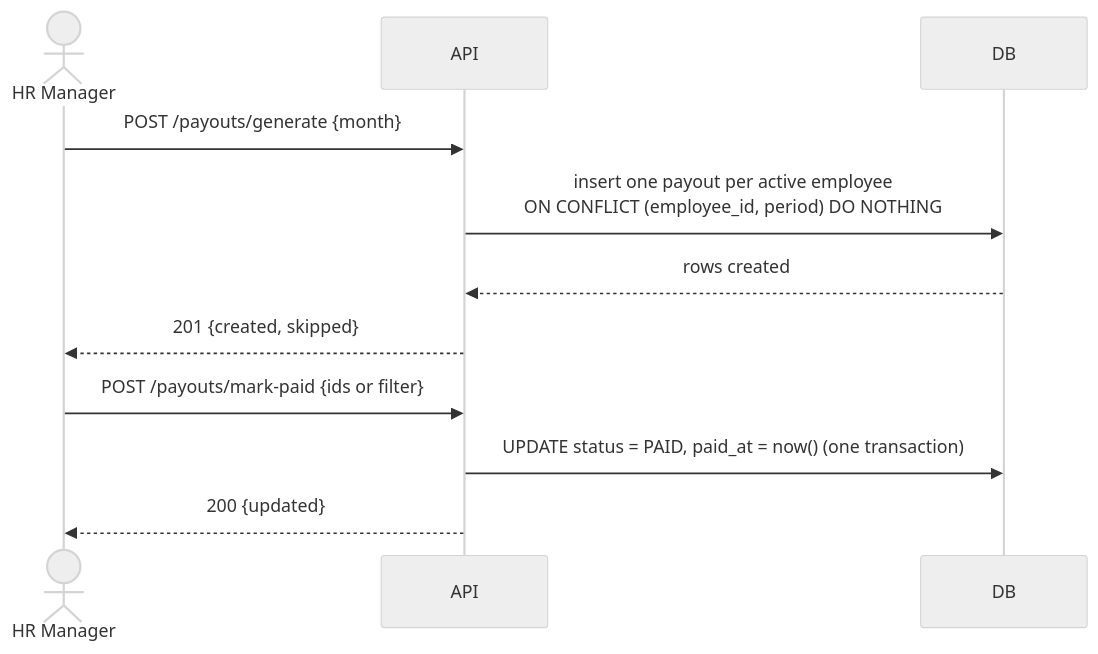
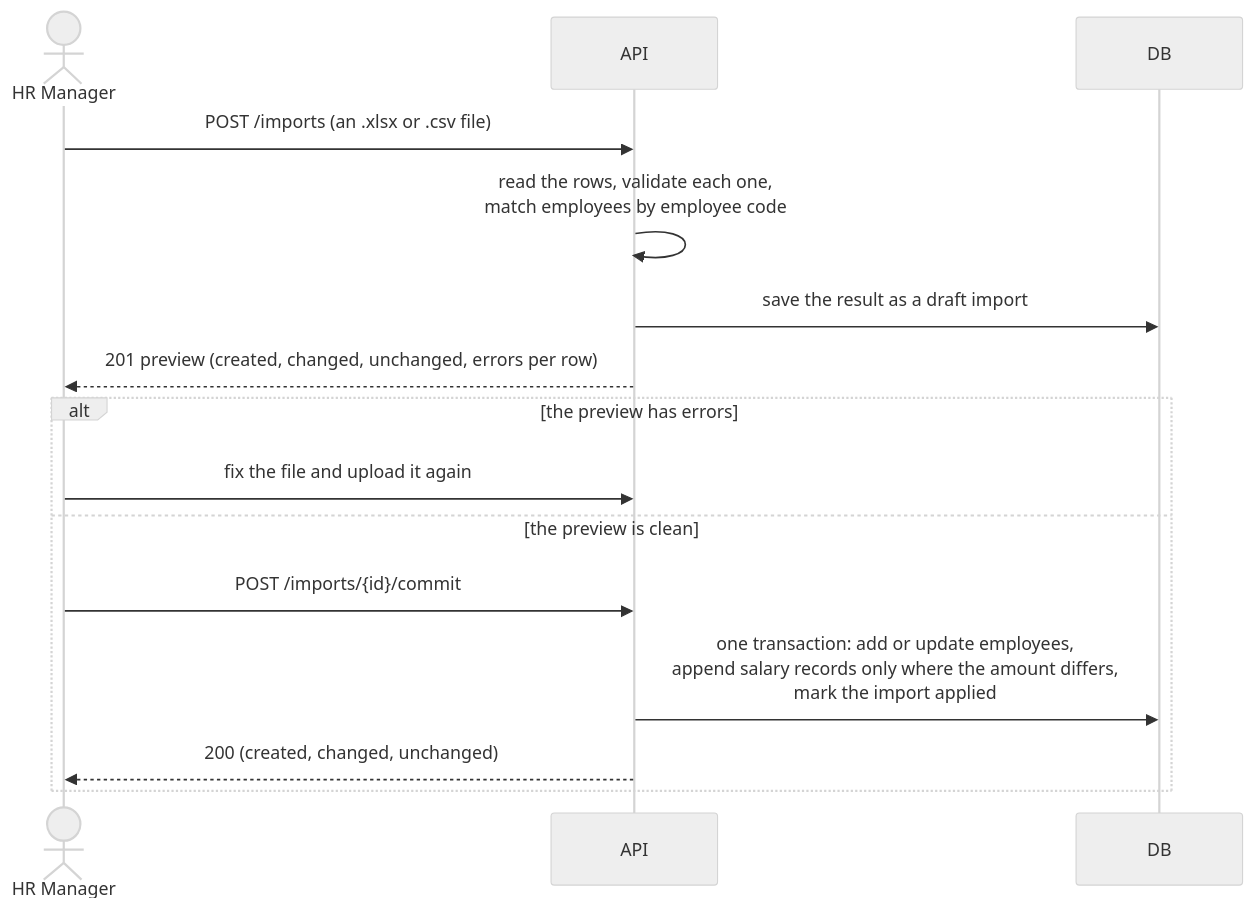
The third of 5 diagrams in docs/architecture.md (nishith7/acme-salary-management-app), drawn with Mermaid (neutral theme) before and after one commit. The commit also changed other lines of this file and 6 other files, not shown here.

````diff
--- a/docs/architecture.md
+++ b/docs/architecture.md
@@ -36,13 +38,17 @@
 ```mermaid
 sequenceDiagram
   actor HR as HR Manager
   participant API
   participant DB
-  HR->>API: POST /payouts/generate {month}
-  API->>DB: insert one payout per active employee<br/>ON CONFLICT (employee_id, period) DO NOTHING
-  DB-->>API: rows created
-  API-->>HR: 201 {created, skipped}
-  HR->>API: POST /payouts/mark-paid {ids or filter}
-  API->>DB: UPDATE status = PAID, paid_at = now() (one transaction)
-  API-->>HR: 200 {updated}
+  HR->>API: POST /imports (an .xlsx or .csv file)
+  API->>API: read the rows, validate each one,<br/>match employees by employee code
+  API->>DB: save the result as a draft import
+  API-->>HR: 201 preview (created, changed, unchanged, errors per row)
+  alt the preview has errors
+    HR->>API: fix the file and upload it again
+  else the preview is clean
+    HR->>API: POST /imports/{id}/commit
+    API->>DB: one transaction: add or update employees,<br/>append salary records only where the amount differs,<br/>mark the import applied
+    API-->>HR: 200 (created, changed, unchanged)
+  end
 ```
````
